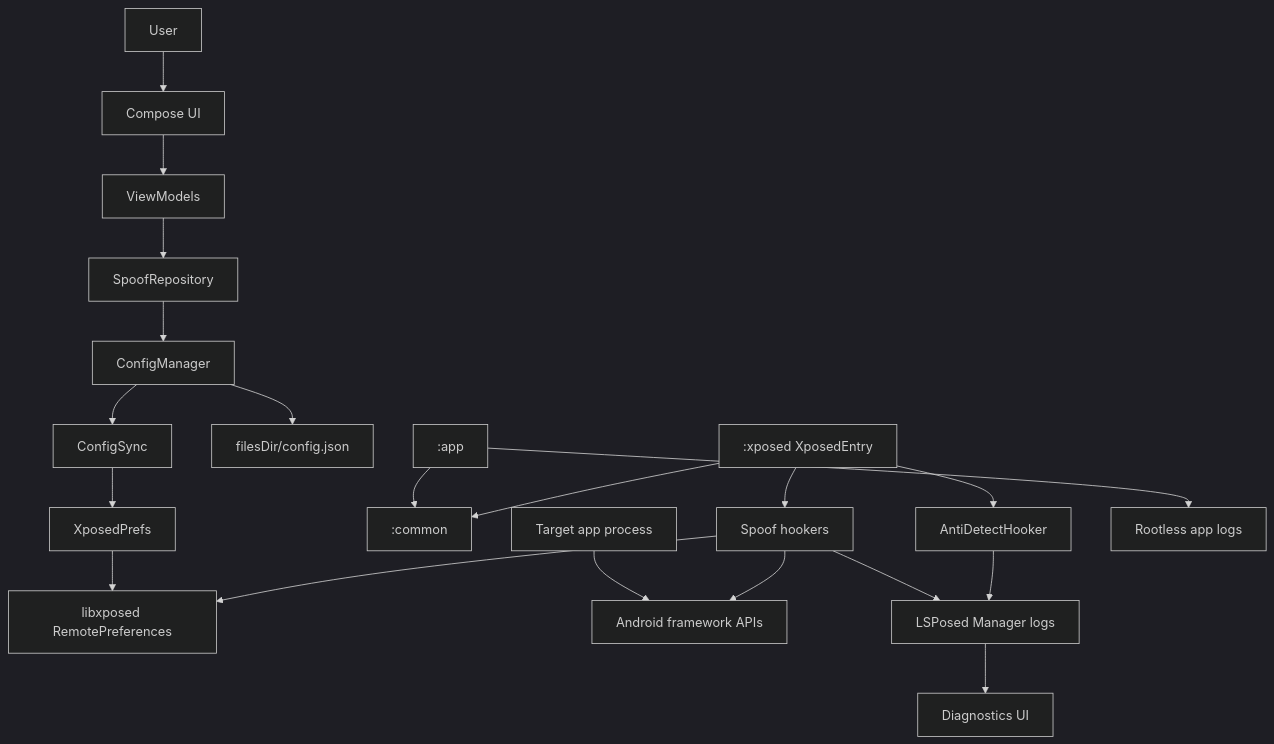
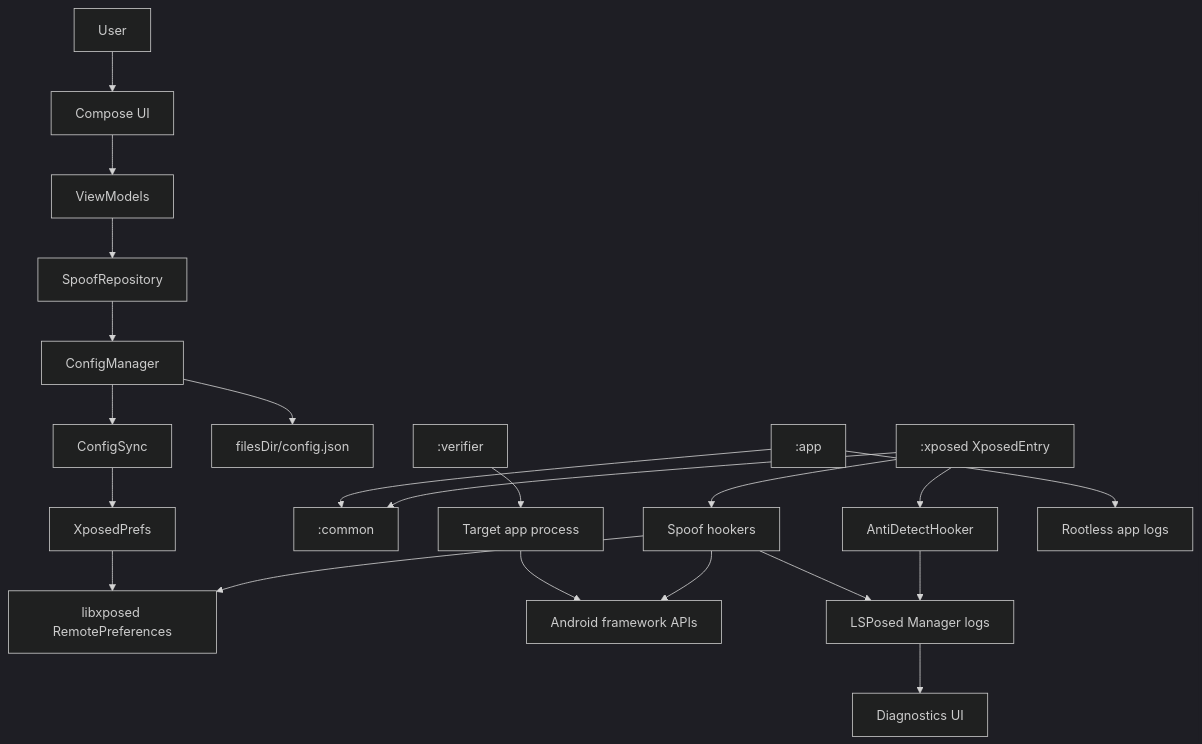
The first of 6 diagrams in docs/public/ARCHITECTURE.md (mohdakil2426/Device-Masker), drawn with Mermaid (dark theme) before and after one commit. The commit also changed other lines of this file, not shown here.

First line of the commit message:
docs: update architecture for verifier and persona sync

````diff
--- a/docs/public/ARCHITECTURE.md
+++ b/docs/public/ARCHITECTURE.md
@@ -23,38 +24,40 @@
 ```mermaid
 flowchart TD
     User["User"]
     App[":app"]
     UI["Compose UI"]
     VM["ViewModels"]
     Repo["SpoofRepository"]
     Config["ConfigManager"]
     Json["filesDir/config.json"]
     Sync["ConfigSync"]
     XPrefs["XposedPrefs"]
     Remote["libxposed RemotePreferences"]
     Common[":common"]
+    Verifier[":verifier"]
     Entry[":xposed XposedEntry"]
     Hookers["Spoof hookers"]
     Anti["AntiDetectHooker"]
     Target["Target app process"]
     Framework["Android framework APIs"]
     LSLogs["LSPosed Manager logs"]
     AppLogs["Rootless app logs"]
     DiagUI["Diagnostics UI"]
 
     User --> UI
     UI --> VM --> Repo --> Config
     Config --> Json
     Config --> Sync --> XPrefs --> Remote
     App --> Common
+    Verifier --> Target
     Entry --> Common
     Entry --> Anti
     Entry --> Hookers
     Target --> Framework
     Hookers --> Framework
     Hookers --> Remote
     Hookers --> LSLogs
     Anti --> LSLogs
     App --> AppLogs
     LSLogs --> DiagUI
 ```
````
